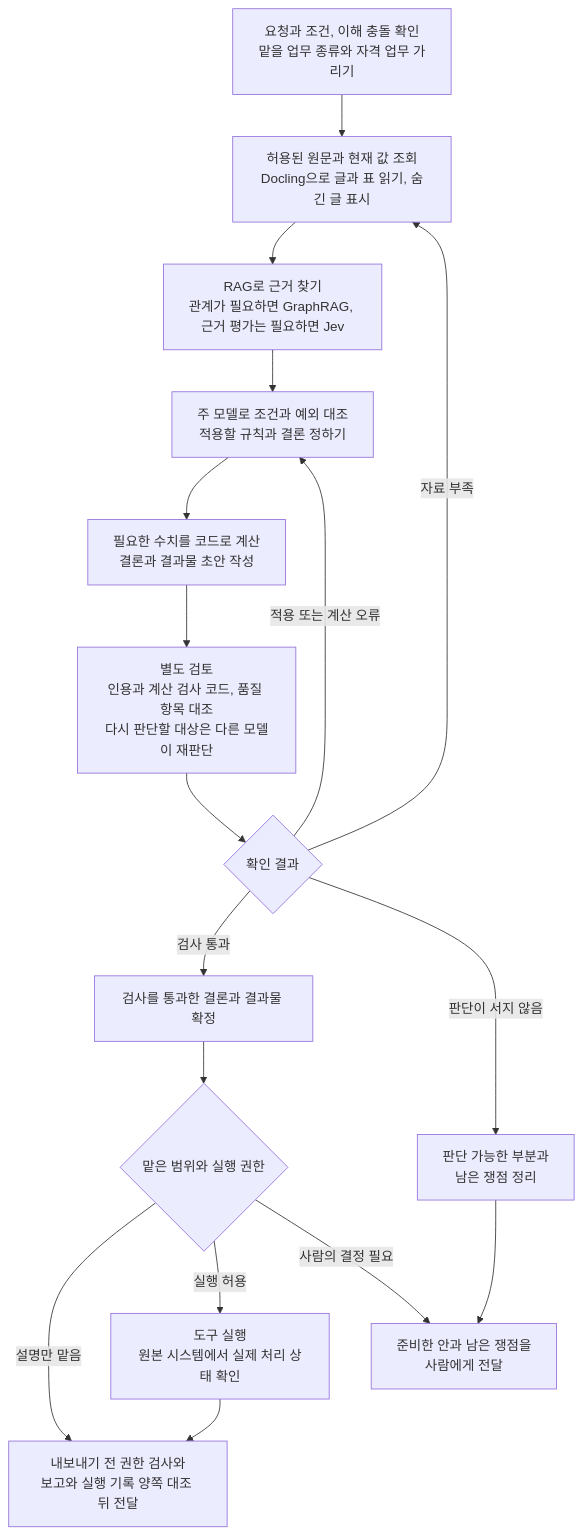
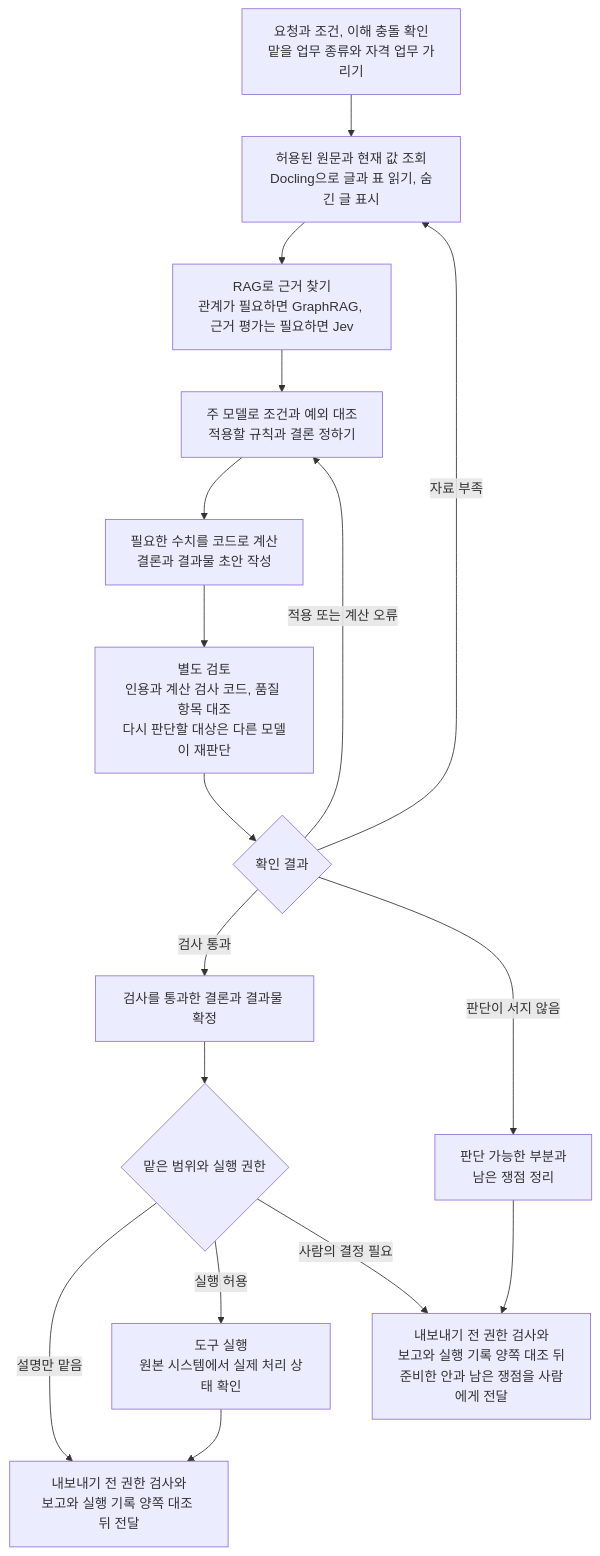
One commit to harisbaguette/expert changed the diagram in 전문 판단의 신뢰성.md. Above: the diagram before and after it, drawn with Mermaid. The commit also changed other lines of this file and 1 other file, not shown here.

````diff
--- a/전문 판단의 신뢰성.md
+++ b/전문 판단의 신뢰성.md
@@ -462,19 +466,19 @@
 ```mermaid
 flowchart TB
     A[요청과 조건, 이해 충돌 확인<br/>맡을 업무 종류와 자격 업무 가리기] --> B[허용된 원문과 현재 값 조회<br/>Docling으로 글과 표 읽기, 숨긴 글 표시]
     B --> C[RAG로 근거 찾기<br/>관계가 필요하면 GraphRAG, 근거 평가는 필요하면 Jev]
     C --> D[주 모델로 조건과 예외 대조<br/>적용할 규칙과 결론 정하기]
     D --> E[필요한 수치를 코드로 계산<br/>결론과 결과물 초안 작성]
     E --> F[별도 검토<br/>인용과 계산 검사 코드, 품질 항목 대조<br/>다시 판단할 대상은 다른 모델이 재판단]
     F --> G{확인 결과}
     G -->|자료 부족| B
     G -->|적용 또는 계산 오류| D
     G -->|검사 통과| H[검사를 통과한 결론과 결과물 확정]
     G -->|판단이 서지 않음| I[판단 가능한 부분과<br/>남은 쟁점 정리]
     H --> J{맡은 범위와 실행 권한}
     J -->|설명만 맡음| L[내보내기 전 권한 검사와<br/>보고와 실행 기록 양쪽 대조 뒤 전달]
     J -->|실행 허용| K[도구 실행<br/>원본 시스템에서 실제 처리 상태 확인]
-    J -->|사람의 결정 필요| M[준비한 안과 남은 쟁점을<br/>사람에게 전달]
+    J -->|사람의 결정 필요| M[내보내기 전 권한 검사와<br/>보고와 실행 기록 양쪽 대조 뒤<br/>준비한 안과 남은 쟁점을 사람에게 전달]
     K --> L
     I --> M
 ```
````
